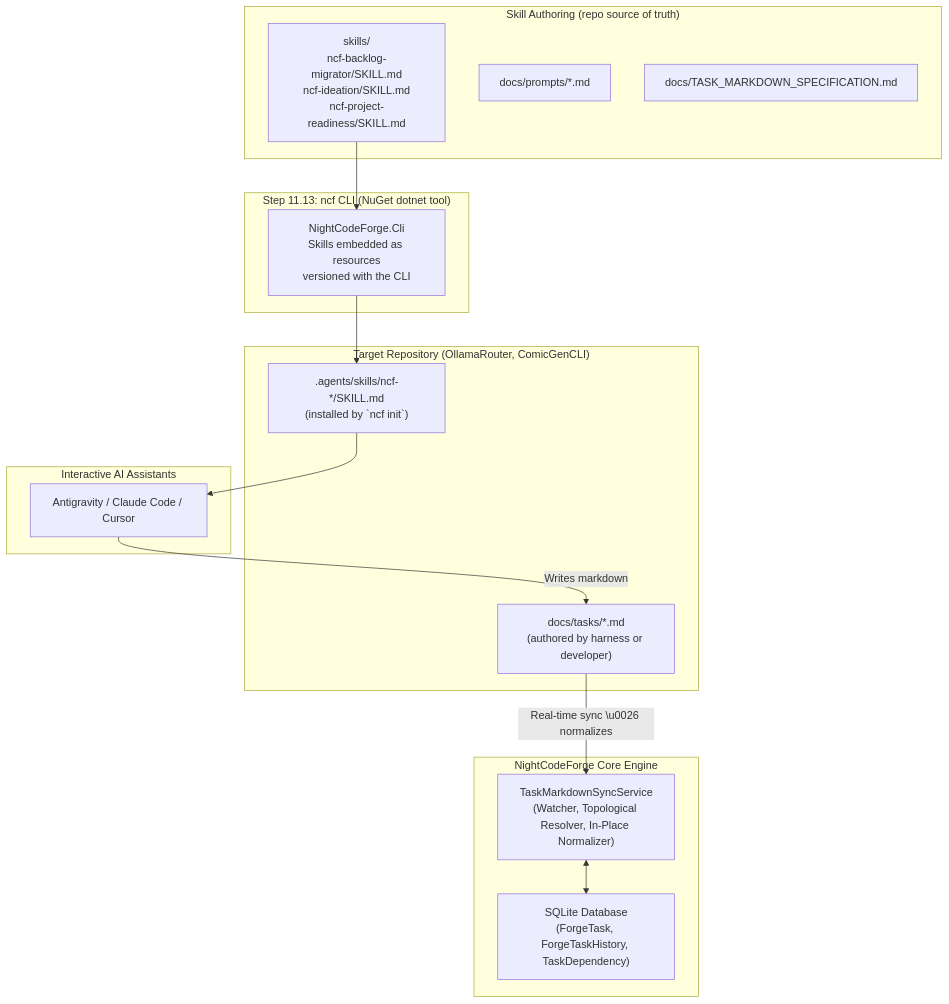
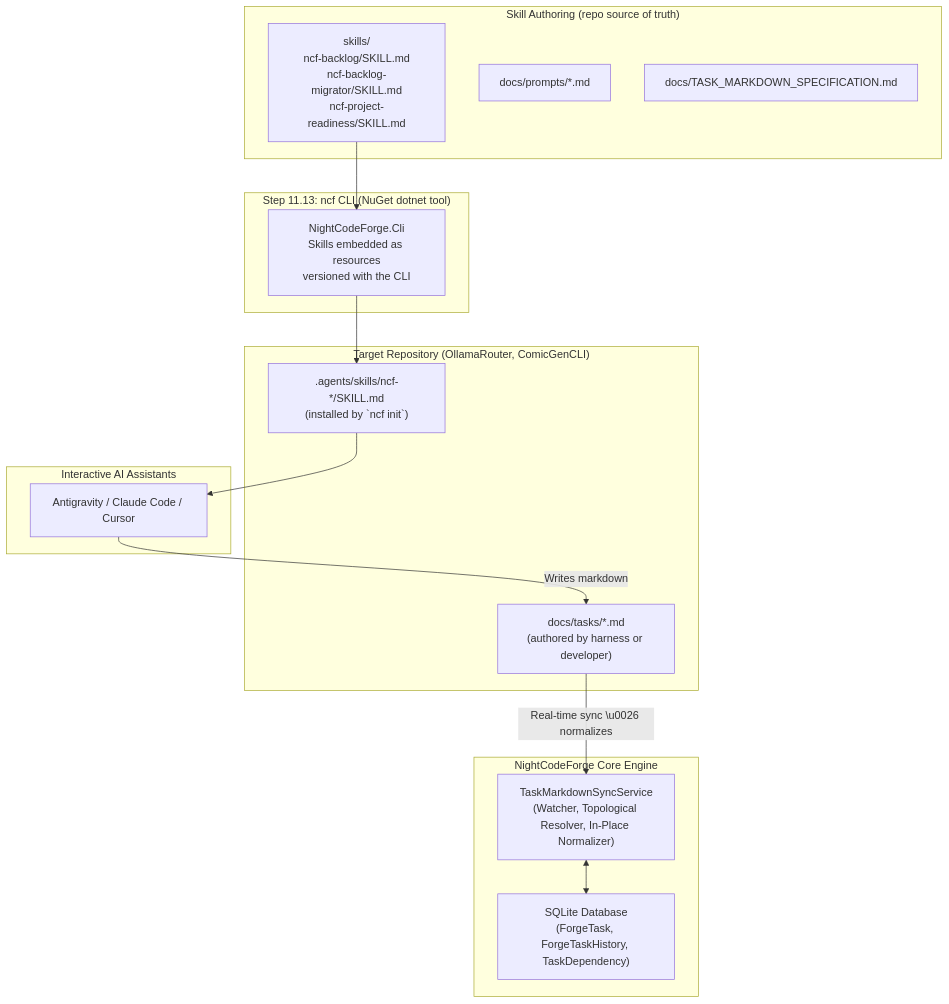
One commit to jetelain/NightCodeForge changed the diagram in docs/plan/phase-11/STEP_11_12_BACKLOG_MIGRATION_AND_IDEATION_SKILLS.md. Above: the diagram before and after it, drawn with Mermaid. The commit also changed other lines of this file and 14 other files, not shown here.

````diff
--- a/docs/plan/phase-11/STEP_11_12_BACKLOG_MIGRATION_AND_IDEATION_SKILLS.md
+++ b/docs/plan/phase-11/STEP_11_12_BACKLOG_MIGRATION_AND_IDEATION_SKILLS.md
@@ -39,32 +39,32 @@
 ```mermaid
 flowchart TD
     subgraph Authoring ["Skill Authoring (repo source of truth)"]
-        SrcSkills["skills/<br/>ncf-backlog-migrator/SKILL.md<br/>ncf-ideation/SKILL.md<br/>ncf-project-readiness/SKILL.md"]
+        SrcSkills["skills/<br/>ncf-backlog/SKILL.md<br/>ncf-backlog-migrator/SKILL.md<br/>ncf-project-readiness/SKILL.md"]
         Prompts["docs/prompts/*.md"]
         Spec["docs/TASK_MARKDOWN_SPECIFICATION.md"]
     end
 
     subgraph Packaging ["Step 11.13: ncf CLI (NuGet dotnet tool)"]
         Cli["NightCodeForge.Cli<br/>Skills embedded as resources<br/>versioned with the CLI"]
     end
 
     subgraph TargetRepo ["Target Repository (OllamaRouter, ComicGenCLI)"]
         Agents[".agents/skills/ncf-*/SKILL.md<br/>(installed by `ncf init`)"]
         TasksDir["docs/tasks/*.md<br/>(authored by harness or developer)"]
     end
 
     subgraph SyncEngine ["NightCodeForge Core Engine"]
         SyncService["TaskMarkdownSyncService<br/>(Watcher, Topological Resolver, In-Place Normalizer)"]
         DB["SQLite Database<br/>(ForgeTask, ForgeTaskHistory, TaskDependency)"]
     end
 
     subgraph Consumers ["Interactive AI Assistants"]
         ExtIDE["Antigravity / Claude Code / Cursor"]
     end
 
     SrcSkills --> Cli --> Agents
     Agents --> ExtIDE
     ExtIDE -->|Writes markdown| TasksDir
     TasksDir -->|Real-time sync \u0026 normalizes| SyncService
     SyncService <--> DB
 ```
````
